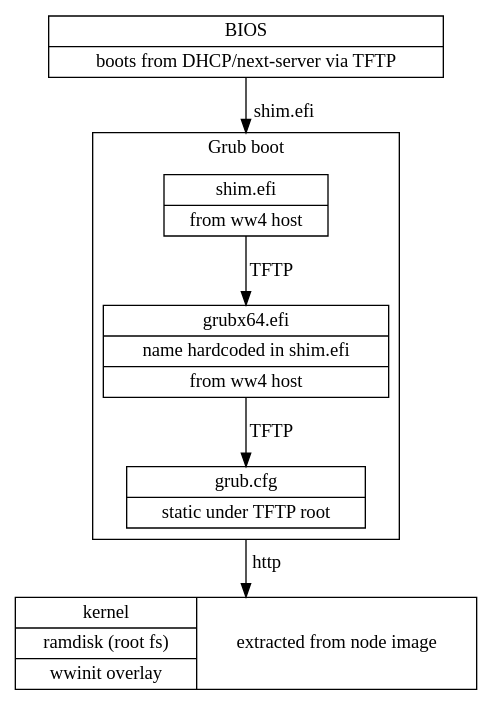
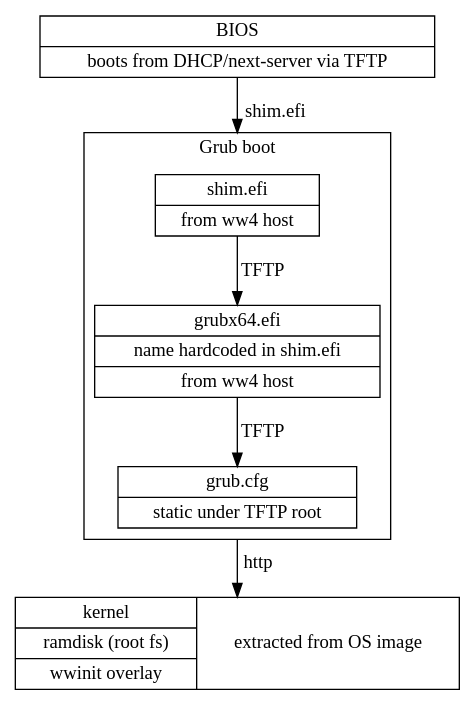
One commit to warewulf/warewulf changed the second of 4 diagrams in userdocs/server/bootloaders.rst. Above: the diagram before and after it, drawn with Graphviz. The commit also changed other lines of this file and 19 other files, not shown here.

```diff
--- a/userdocs/server/bootloaders.rst
+++ b/userdocs/server/bootloaders.rst
@@ -221,20 +221,20 @@
 .. graphviz::
 
   digraph G{
       node [shape=box];
       compound=true;
       edge [label2node=true]
       bios [shape=record label="{BIOS | boots from DHCP/next-server via TFTP}"]
 
       bios->shim [lhead=cluster1,label="shim.efi"];
       subgraph cluster1{
         label="Grub boot"
         shim[shape=record label="{shim.efi|from ww4 host}"];
         grub[shape=record label="{grubx64.efi | name hardcoded in shim.efi|from ww4 host}"]
         shim->grub[label="TFTP"];
         grubcfg[shape=record label="{grub.cfg|static under TFTP root}"];
         grub->grubcfg[label="TFTP"];
       }
-      kernel [shape=record label="{kernel|ramdisk (root fs)|wwinit overlay}|extracted from node image"];
+      kernel [shape=record label="{kernel|ramdisk (root fs)|wwinit overlay}|extracted from OS image"];
       grubcfg->kernel[ltail=cluster1,label="http"];
   }
```
